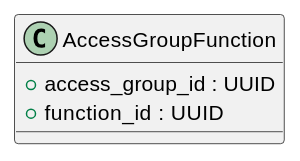
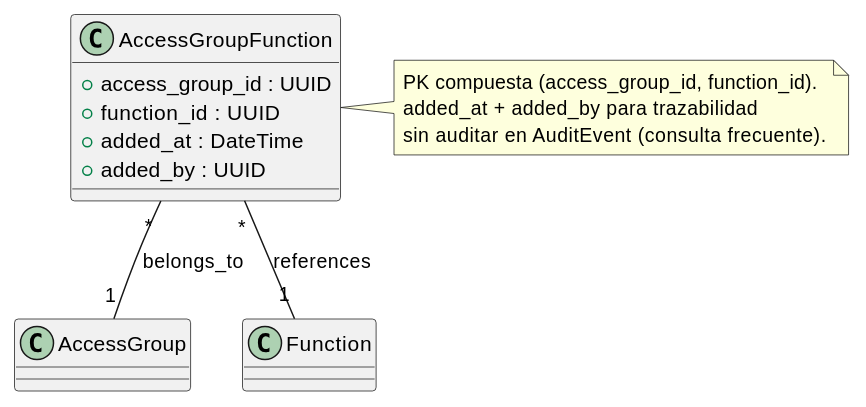
One commit to jcg-admin/IACT-docs changed the diagram in source/arquitectura-tecnica/domain-model/access-group-function.rst. Above: the diagram before and after it, drawn with PlantUML. The commit also changed other lines of this file and 10 other files, not shown here.

```diff
--- a/source/arquitectura-tecnica/domain-model/access-group-function.rst
+++ b/source/arquitectura-tecnica/domain-model/access-group-function.rst
@@ -25,11 +31,26 @@
 .. uml::
- :caption: Clase AccessGroupFunction — stub pendiente de desarrollo.
+ :caption: Clase AccessGroupFunction — tabla pivote M:N
+           entre AccessGroup y Function.
 
  @startuml
 
  class AccessGroupFunction {
-  + access_group_id : UUID
-  + function_id : UUID
+   + access_group_id : UUID
+   + function_id : UUID
+   + added_at : DateTime
+   + added_by : UUID
  }
 
+ class AccessGroup
+ class Function
+
+ AccessGroupFunction "*" -- "1" AccessGroup : belongs_to
+ AccessGroupFunction "*" -- "1" Function : references
+
+ note right of AccessGroupFunction
+   PK compuesta (access_group_id, function_id).
+   added_at + added_by para trazabilidad
+   sin auditar en AuditEvent (consulta frecuente).
+ end note
+
  @enduml
```
